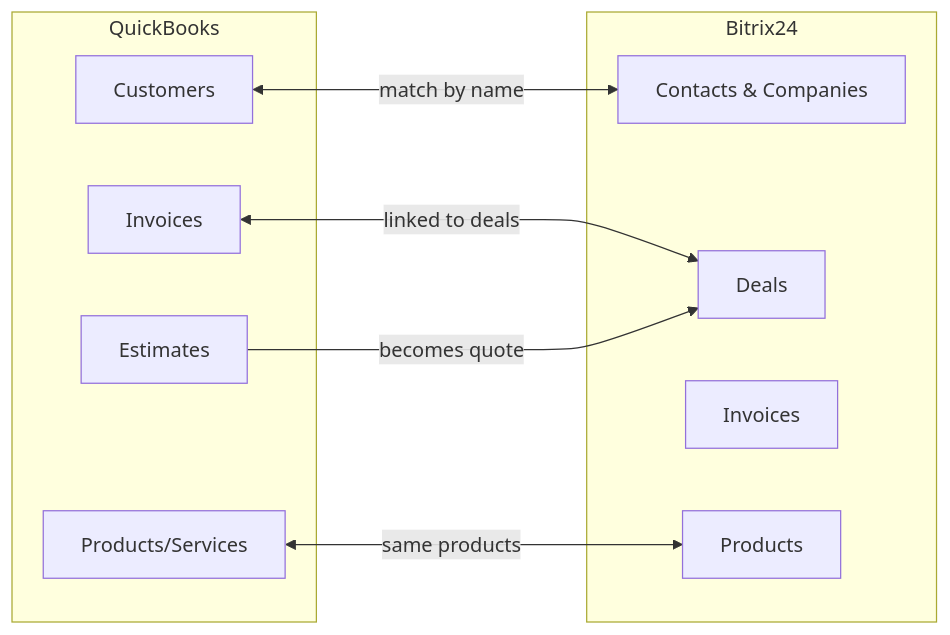
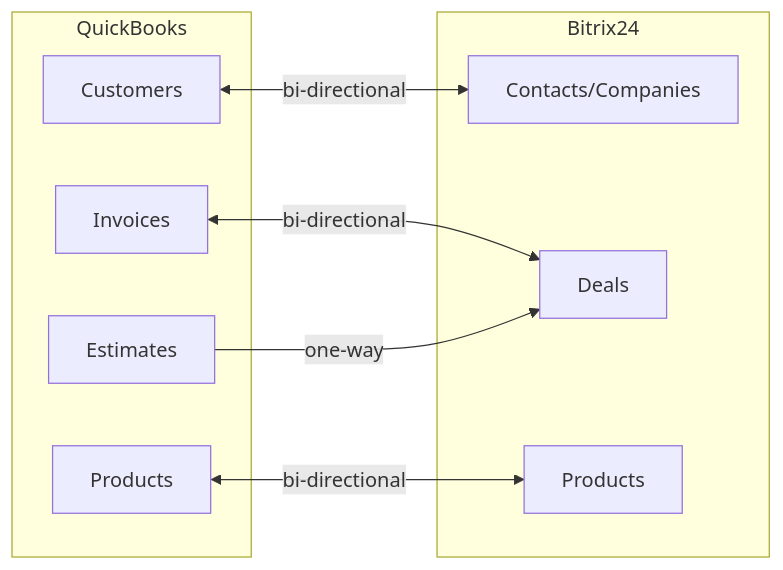
One commit to botpros-admin/qb-bitrix-connector changed the second of 4 diagrams in README.md. Above: the diagram before and after it, drawn with Mermaid. The commit also changed other lines of this file, not shown here.

````diff
--- a/README.md
+++ b/README.md
@@ -100,21 +43,18 @@
 ```mermaid
 flowchart LR
     subgraph QB["QuickBooks"]
         QBC["Customers"]
         QBI["Invoices"]
         QBE["Estimates"]
-        QBP["Products/Services"]
+        QBP["Products"]
     end
-
-    subgraph Bitrix["Bitrix24"]
-        BC["Contacts & Companies"]
+    subgraph B24["Bitrix24"]
+        BC["Contacts/Companies"]
         BD["Deals"]
-        BI["Invoices"]
         BP["Products"]
     end
-
-    QBC <--->|"match by name"| BC
-    QBI <--->|"linked to deals"| BD
-    QBE --->|"becomes quote"| BD
-    QBP <--->|"same products"| BP
+    QBC <-->|"bi-directional"| BC
+    QBI <-->|"bi-directional"| BD
+    QBE -->|"one-way"| BD
+    QBP <-->|"bi-directional"| BP
 ```
````
